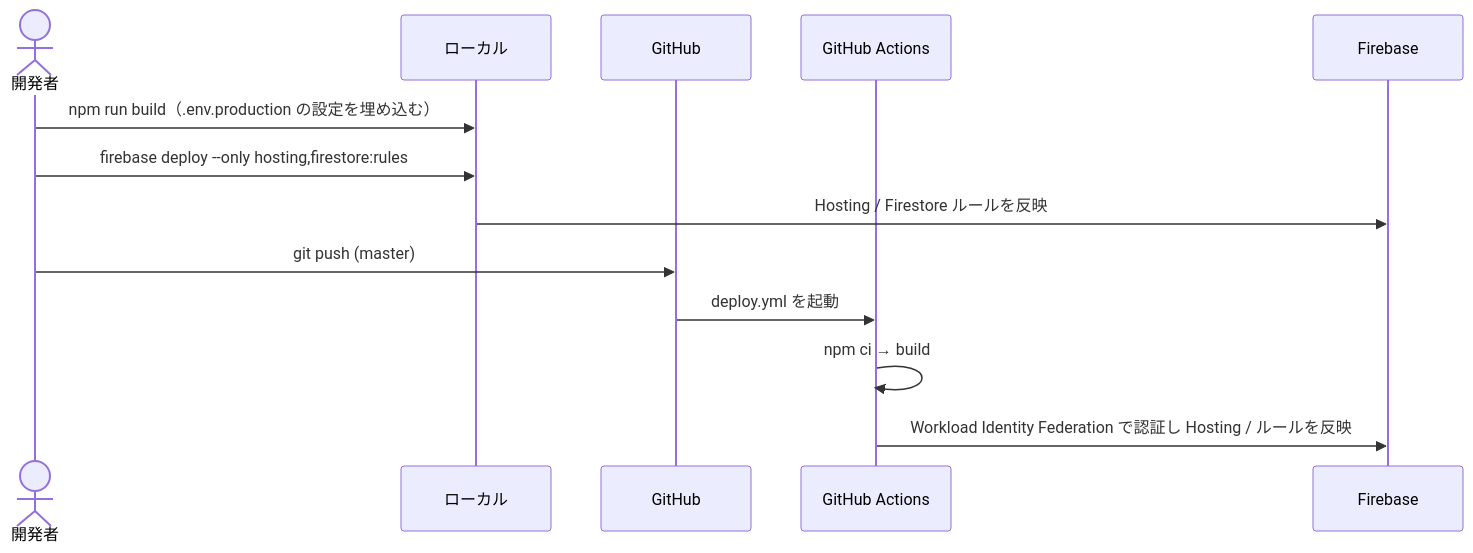
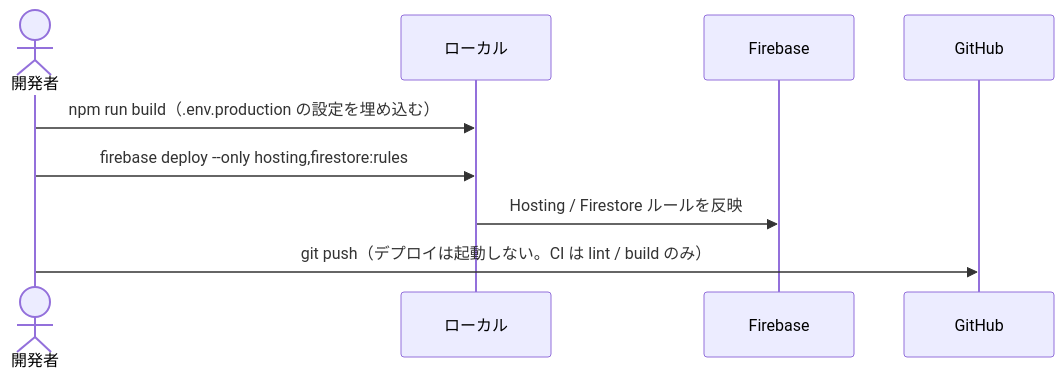
The second of 2 diagrams in README.md (nishidaseibaku/skillmap), drawn with Mermaid before and after one commit. The commit also changed other lines of this file and 2 other files, not shown here.

Commit message:
chore: remove automatic deployment workflow (v0.9.1)
master への push による自動デプロイ(deploy.yml)を削除し、デプロイはローカルでビルドして
手元から firebase deploy する運用に統一する。CI(lint / build)は維持。
README と CLAUDE.md のデプロイ手順を更新。コードの変更はない。

````diff
--- a/README.md
+++ b/README.md
@@ -74,16 +75,12 @@
 ```mermaid
 sequenceDiagram
     actor Dev as 開発者
     participant Local as ローカル
+    participant FB as Firebase
     participant GH as GitHub
-    participant GA as GitHub Actions
-    participant FB as Firebase
 
     Dev->>Local: npm run build（.env.production の設定を埋め込む）
     Dev->>Local: firebase deploy --only hosting,firestore:rules
     Local->>FB: Hosting / Firestore ルールを反映
-    Dev->>GH: git push (master)
-    GH->>GA: deploy.yml を起動
-    GA->>GA: npm ci → build
-    GA->>FB: Workload Identity Federation で認証し Hosting / ルールを反映
+    Dev->>GH: git push（デプロイは起動しない。CI は lint / build のみ）
 ```
````
